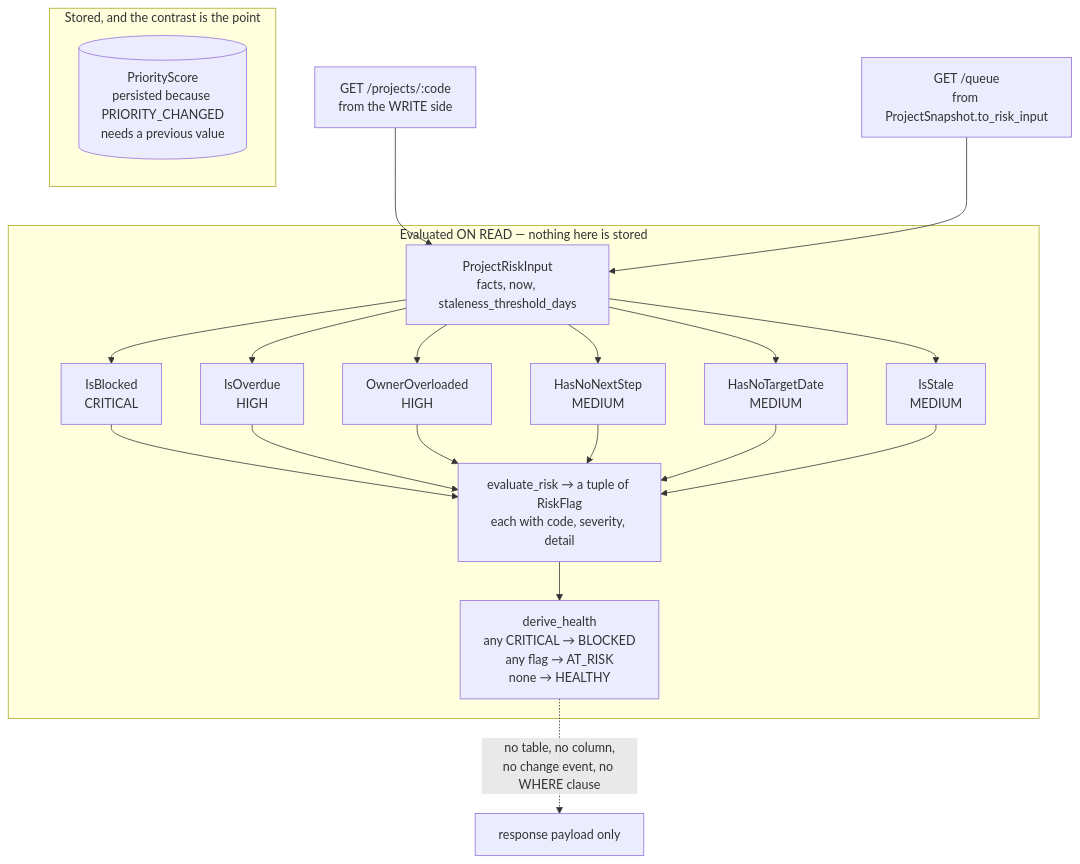
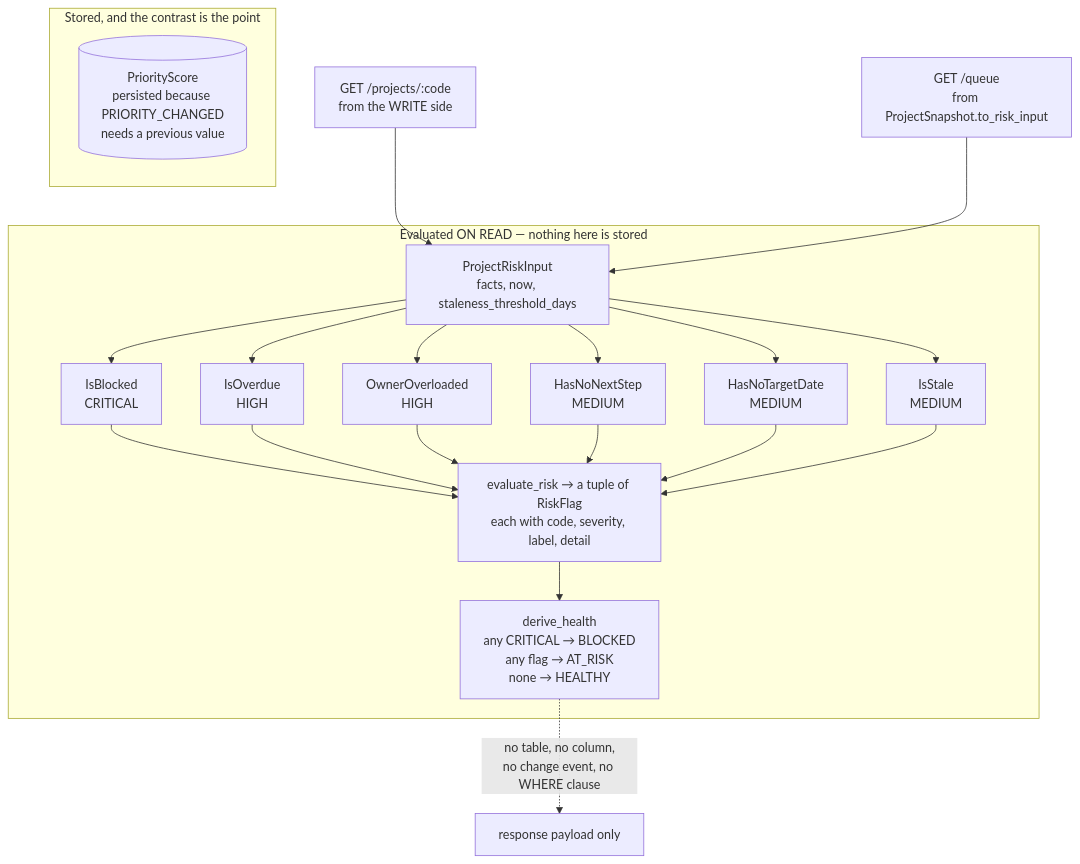
One commit to alejandrovelez243/aztec-ops changed the seventh of 9 diagrams in docs/ARCHITECTURE.md. Above: the diagram before and after it, drawn with Mermaid. The commit also changed other lines of this file and 188 other files, not shown here.

````diff
--- a/docs/ARCHITECTURE.md
+++ b/docs/ARCHITECTURE.md
@@ -639,29 +639,29 @@
 ```mermaid
 flowchart TD
   subgraph read["Evaluated ON READ — nothing here is stored"]
     IN["ProjectRiskInput<br/>facts, now, staleness_threshold_days"]
     IN --> A["IsBlocked<br/>CRITICAL"]
     IN --> B["IsOverdue<br/>HIGH"]
     IN --> C["OwnerOverloaded<br/>HIGH"]
     IN --> D["HasNoNextStep<br/>MEDIUM"]
     IN --> E["HasNoTargetDate<br/>MEDIUM"]
     IN --> F["IsStale<br/>MEDIUM"]
     A --> FLAGS
     B --> FLAGS
     C --> FLAGS
     D --> FLAGS
     E --> FLAGS
     F --> FLAGS
-    FLAGS["evaluate_risk → a tuple of RiskFlag<br/>each with code, severity, detail"]
+    FLAGS["evaluate_risk → a tuple of RiskFlag<br/>each with code, severity, label, detail"]
     FLAGS --> HEALTH["derive_health<br/>any CRITICAL → BLOCKED<br/>any flag → AT_RISK<br/>none → HEALTHY"]
   end
 
   D1["GET /projects/:code<br/>from the WRITE side"] --> IN
   D2["GET /queue<br/>from ProjectSnapshot.to_risk_input"] --> IN
 
   subgraph stored["Stored, and the contrast is the point"]
     SC[("PriorityScore<br/>persisted because PRIORITY_CHANGED<br/>needs a previous value")]
   end
 
   HEALTH -.->|"no table, no column,<br/>no change event, no WHERE clause"| NONE["response payload only"]
 ```
````
